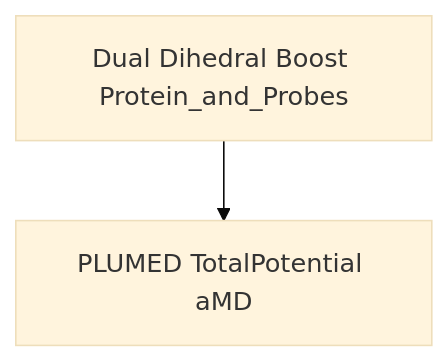
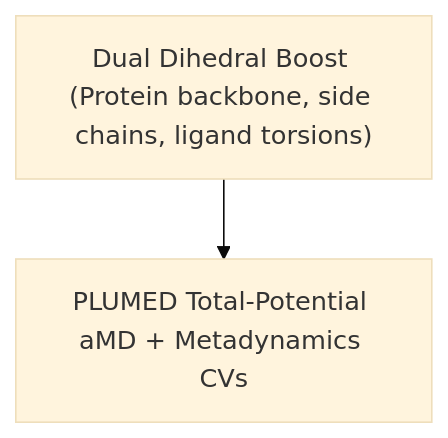
One commit to marcuswangweihow/FBDD changed the third of 4 diagrams in Frag_to_lead_4MZI/README.md. Above: the diagram before and after it, drawn with Mermaid (base theme). The commit also changed other lines of this file, not shown here.

````diff
--- a/Frag_to_lead_4MZI/README.md
+++ b/Frag_to_lead_4MZI/README.md
@@ -131,4 +165,4 @@
 ```mermaid
 flowchart TD
-    H[Dual Dihedral Boost Protein_and_Probes] --> I[PLUMED TotalPotential aMD]
+    H["Dual Dihedral Boost (Protein backbone, side chains, ligand torsions)"] --> I["PLUMED Total-Potential aMD + Metadynamics CVs"]
 ```
````
